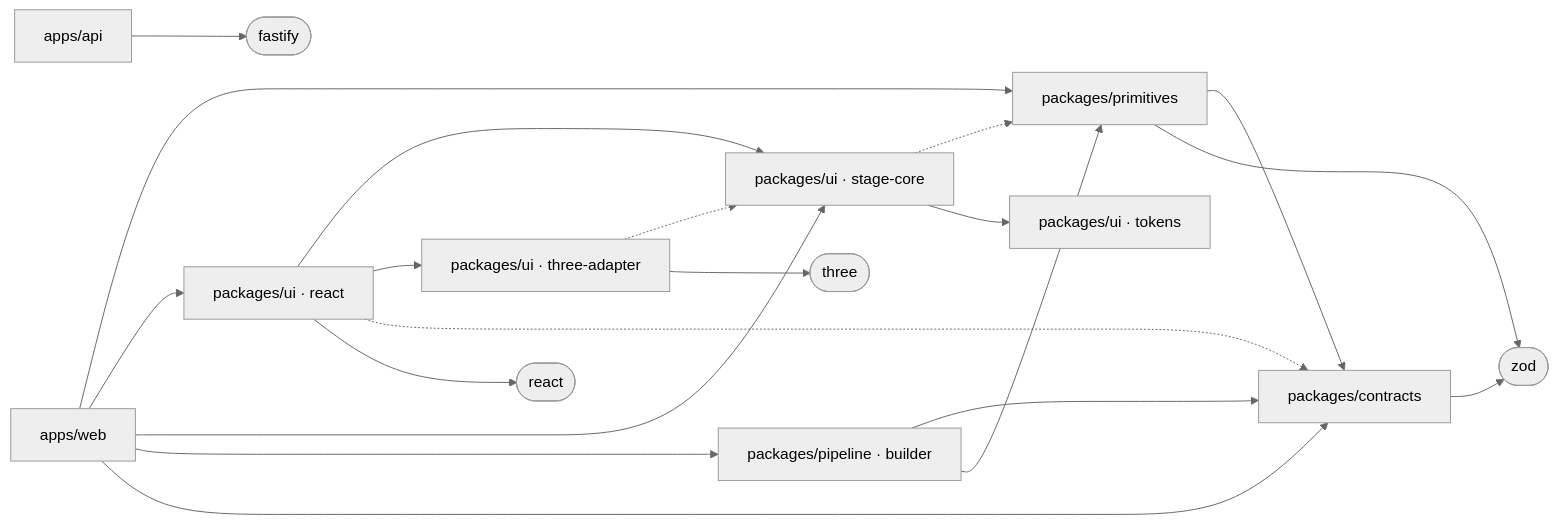
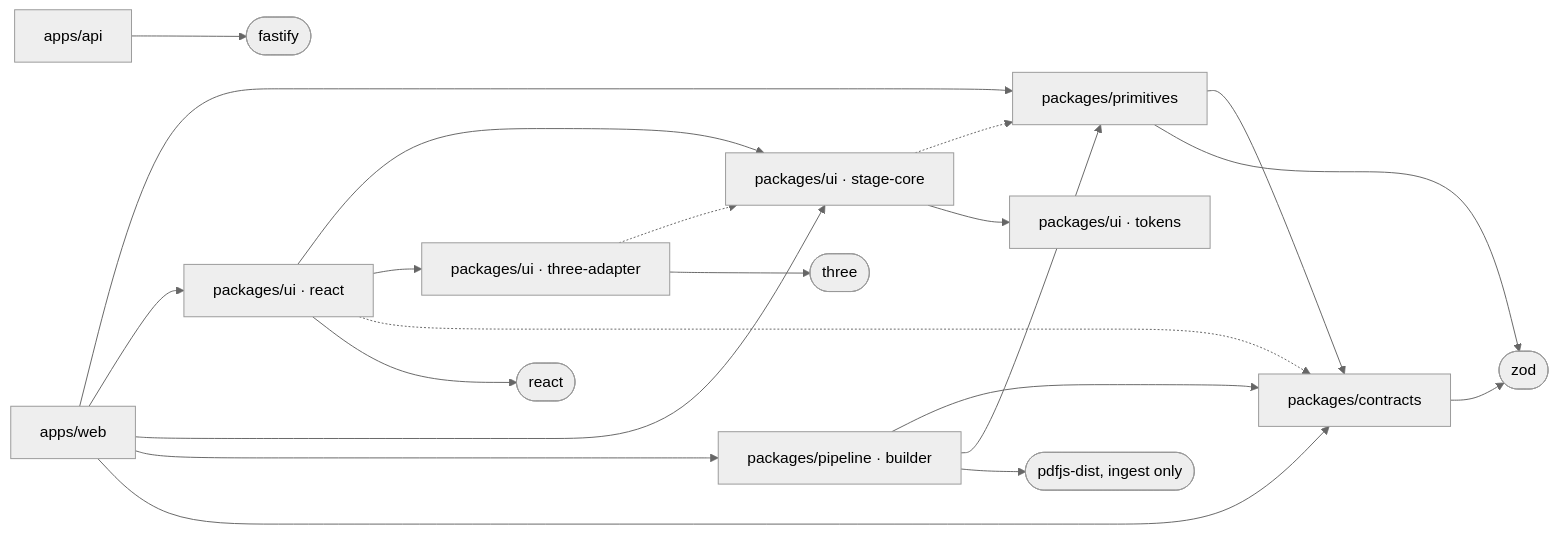
Before and after one commit to ritwiz06/PaperPlay: the first of 2 diagrams in docs/architecture.md, drawn with Mermaid (neutral theme). The commit also changed other lines of this file and 5 other files, not shown here.

````diff
--- a/docs/architecture.md
+++ b/docs/architecture.md
@@ -70,22 +70,23 @@
 ```mermaid
 flowchart LR
   web["apps/web"] --> primitives["packages/primitives"]
   web --> react["packages/ui · react"]
   web --> stagecore["packages/ui · stage-core"]
   web --> pipeline["packages/pipeline · builder"]
   web --> contracts
   pipeline --> contracts
   pipeline --> primitives
   react --> stagecore
   react --> adapter["packages/ui · three-adapter"]
   react -.-> contracts
   react --> reactlib(["react"])
   primitives --> contracts["packages/contracts"]
   stagecore -.-> primitives
   stagecore --> tokens["packages/ui · tokens"]
   adapter -.-> stagecore
   contracts --> zod(["zod"])
   primitives --> zod
   adapter --> three(["three"])
   api["apps/api"] --> fastify(["fastify"])
+  pipeline --> pdfjs(["pdfjs-dist, ingest only"])
 ```
````
